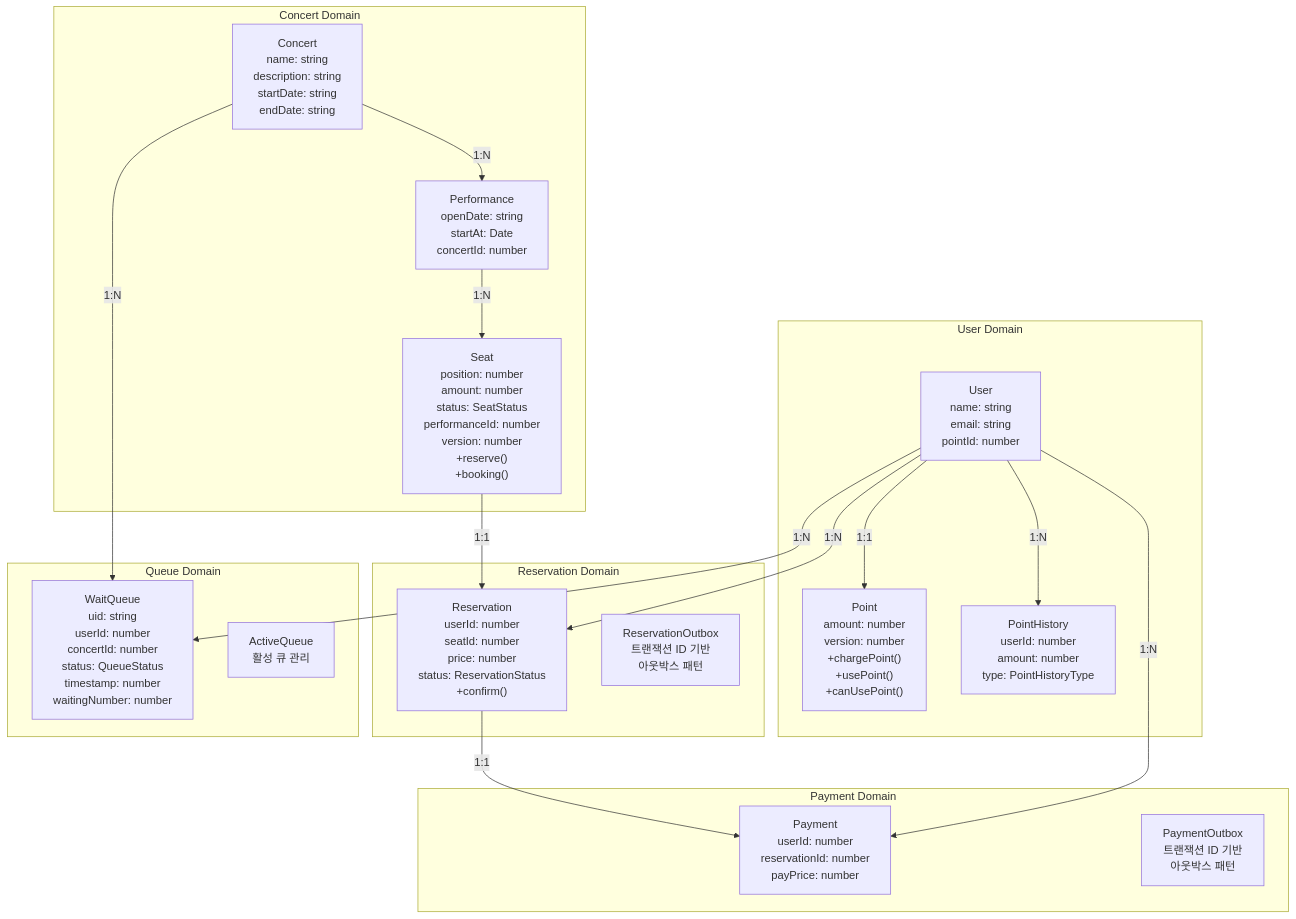
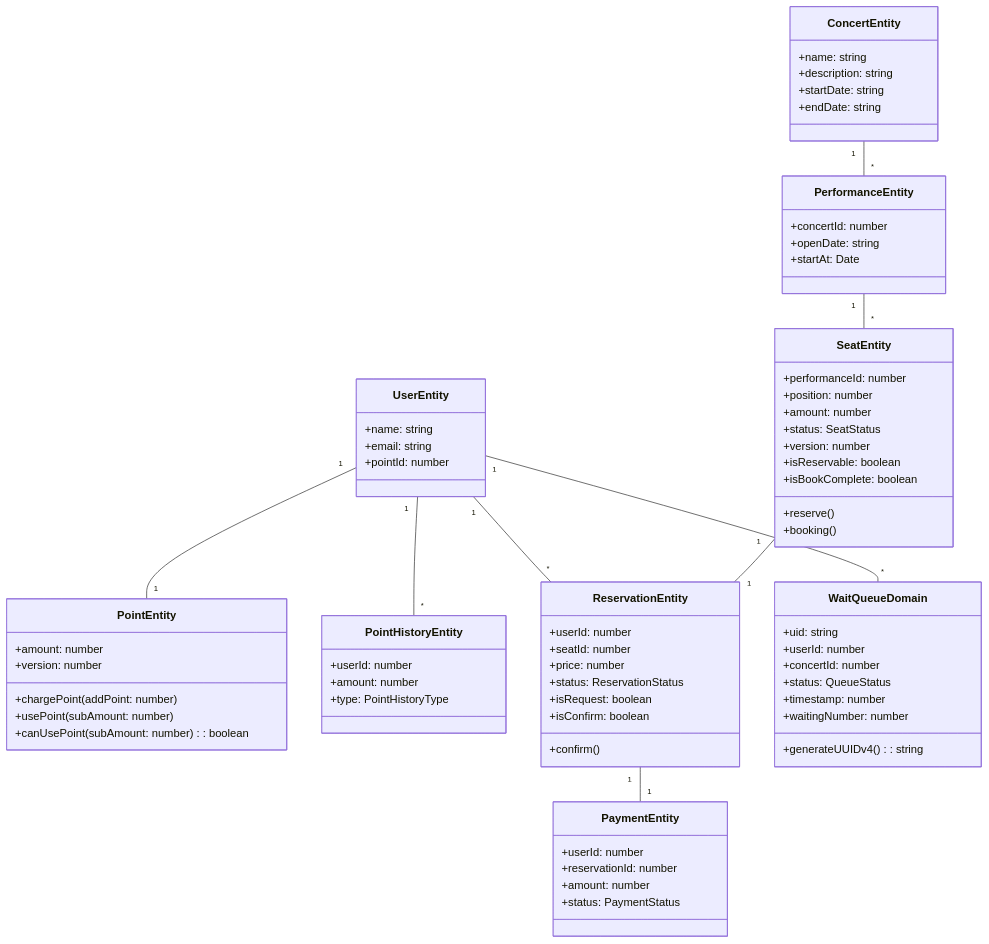
One commit to dbwogus94/hhplus-concert-ticketing-service changed the diagram in README.md. Above: the diagram before and after it, drawn with Mermaid. The commit also changed other lines of this file, not shown here.

Commit message:
docs: RAEDME 내용 추가와 함께 링크 개선 작업 수행
추가된 내용
- "## 1. > ### 1.2. 과제를 해결하며 작성한 보고서" 추가
-  "## 4. > ### 4.2. 계층별로 사용하는 데이터 객체"  추가

개선된 작업
- 클래스 다이어그램 가시성 개선

````diff
--- a/README.md
+++ b/README.md
@@ -167,48 +189,91 @@
 ```mermaid
-graph TD
+classDiagram
     %% User Domain
-    subgraph "User Domain"
-        User["User<br/>name: string<br/>email: string<br/>pointId: number"]
-        Point["Point<br/>amount: number<br/>version: number<br/>+chargePoint()<br/>+usePoint()<br/>+canUsePoint()"]
-        PointHistory["PointHistory<br/>userId: number<br/>amount: number<br/>type: PointHistoryType"]
-    end
+    class UserEntity {
+        +name: string
+        +email: string
+        +pointId: number
+    }
+
+    class PointEntity {
+        +amount: number
+        +version: number
+        +chargePoint(addPoint: number)
+        +usePoint(subAmount: number)
+        +canUsePoint(subAmount: number): boolean
+    }
+
+    class PointHistoryEntity {
+        +userId: number
+        +amount: number
+        +type: PointHistoryType
+    }
+
+    %% Concert Domain
+    class ConcertEntity {
+        +name: string
+        +description: string
+        +startDate: string
+        +endDate: string
+    }
+
+    class PerformanceEntity {
+        +concertId: number
+        +openDate: string
+        +startAt: Date
+    }
+
+    class SeatEntity {
+        +performanceId: number
+        +position: number
+        +amount: number
+        +status: SeatStatus
+        +version: number
+        +reserve()
+        +booking()
+        +isReservable: boolean
+        +isBookComplete: boolean
+    }
+
+    %% Reservation Domain
+    class ReservationEntity {
+        +userId: number
+        +seatId: number
+        +price: number
+        +status: ReservationStatus
+        +confirm()
+        +isRequest: boolean
+        +isConfirm: boolean
+    }
+
+    %% Payment Domain  
+    class PaymentEntity {
+        +userId: number
+        +reservationId: number
+        +amount: number
+        +status: PaymentStatus
+    }
+
+    %% Queue Domain
+    class WaitQueueDomain {
+        +uid: string
+        +userId: number
+        +concertId: number
+        +status: QueueStatus
+        +timestamp: number
+        +waitingNumber: number
+        +generateUUIDv4(): string
+    }
+
+    %% Relationships
+    UserEntity "1" -- "1" PointEntity
+    UserEntity "1" -- "*" PointHistoryEntity
+    UserEntity "1" -- "*" ReservationEntity
+    UserEntity "1" -- "*" WaitQueueDomain
     
-    %% Concert Domain
-    subgraph "Concert Domain"
-        Concert["Concert<br/>name: string<br/>description: string<br/>startDate: string<br/>endDate: string"]
-        Performance["Performance<br/>openDate: string<br/>startAt: Date<br/>concertId: number"]
-        Seat["Seat<br/>position: number<br/>amount: number<br/>status: SeatStatus<br/>performanceId: number<br/>version: number<br/>+reserve()<br/>+booking()"]
-    end
+    ConcertEntity "1" -- "*" PerformanceEntity
+    PerformanceEntity "1" -- "*" SeatEntity
     
-    %% Reservation Domain
-    subgraph "Reservation Domain"
-        Reservation["Reservation<br/>userId: number<br/>seatId: number<br/>price: number<br/>status: ReservationStatus<br/>+confirm()"]
-        ReservationOutbox["ReservationOutbox<br/>트랜잭션 ID 기반<br/>아웃박스 패턴"]
-    end
-    
-    %% Payment Domain
-    subgraph "Payment Domain"
-        Payment["Payment<br/>userId: number<br/>reservationId: number<br/>payPrice: number"]
-        PaymentOutbox["PaymentOutbox<br/>트랜잭션 ID 기반<br/>아웃박스 패턴"]
-    end
-    
-    %% Queue Domain
-    subgraph "Queue Domain"
-        WaitQueue["WaitQueue<br/>uid: string<br/>userId: number<br/>concertId: number<br/>status: QueueStatus<br/>timestamp: number<br/>waitingNumber: number"]
-        ActiveQueue["ActiveQueue<br/>활성 큐 관리"]
-    end
-    
-    %% Relationships
-    User -->|"1:1"| Point
-    User -->|"1:N"| PointHistory
-    User -->|"1:N"| Reservation
-    User -->|"1:N"| Payment
-    User -->|"1:N"| WaitQueue
-    
-    Concert -->|"1:N"| Performance
-    Performance -->|"1:N"| Seat
-    Seat -->|"1:1"| Reservation
-    Reservation -->|"1:1"| Payment
-    
-    Concert -->|"1:N"| WaitQueue
+    SeatEntity "1" -- "1" ReservationEntity
+    ReservationEntity "1" -- "1" PaymentEntity
 ```
````
